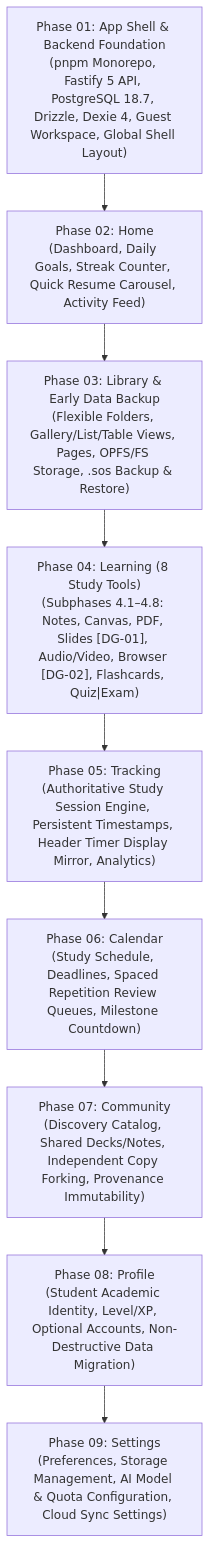
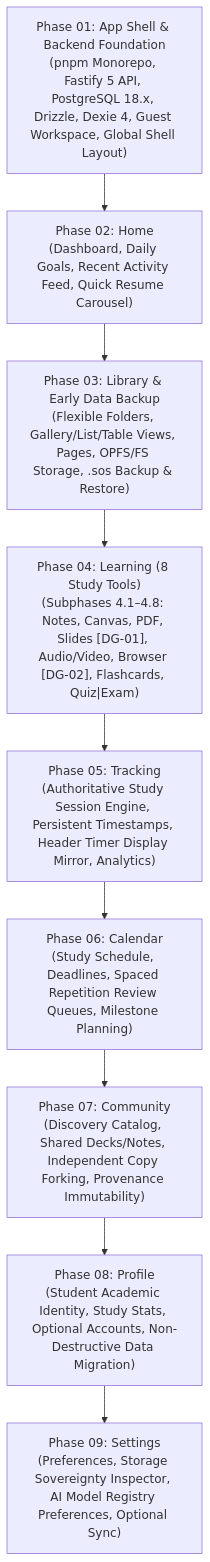
The first of 2 diagrams in IMPLEMENTATION_PLAN.md (3bdallahusin/sos-v3), drawn with Mermaid before and after one commit. The commit also changed other lines of this file and 5 other files, not shown here.

````diff
--- a/IMPLEMENTATION_PLAN.md
+++ b/IMPLEMENTATION_PLAN.md
@@ -16,21 +16,21 @@
 ```mermaid
 flowchart TD
-    P01["Phase 01: App Shell & Backend Foundation\n(pnpm Monorepo, Fastify 5 API, PostgreSQL 18.7, Drizzle, Dexie 4, Guest Workspace, Global Shell Layout)"]
-    P02["Phase 02: Home\n(Dashboard, Daily Goals, Streak Counter, Quick Resume Carousel, Activity Feed)"]
+    P01["Phase 01: App Shell & Backend Foundation\n(pnpm Monorepo, Fastify 5 API, PostgreSQL 18.x, Drizzle, Dexie 4, Guest Workspace, Global Shell Layout)"]
+    P02["Phase 02: Home\n(Dashboard, Daily Goals, Recent Activity Feed, Quick Resume Carousel)"]
     P03["Phase 03: Library & Early Data Backup\n(Flexible Folders, Gallery/List/Table Views, Pages, OPFS/FS Storage, .sos Backup & Restore)"]
     P04["Phase 04: Learning (8 Study Tools)\n(Subphases 4.1–4.8: Notes, Canvas, PDF, Slides [DG-01], Audio/Video, Browser [DG-02], Flashcards, Quiz|Exam)"]
     P05["Phase 05: Tracking\n(Authoritative Study Session Engine, Persistent Timestamps, Header Timer Display Mirror, Analytics)"]
-    P06["Phase 06: Calendar\n(Study Schedule, Deadlines, Spaced Repetition Review Queues, Milestone Countdown)"]
+    P06["Phase 06: Calendar\n(Study Schedule, Deadlines, Spaced Repetition Review Queues, Milestone Planning)"]
     P07["Phase 07: Community\n(Discovery Catalog, Shared Decks/Notes, Independent Copy Forking, Provenance Immutability)"]
-    P08["Phase 08: Profile\n(Student Academic Identity, Level/XP, Optional Accounts, Non-Destructive Data Migration)"]
-    P09["Phase 09: Settings\n(Preferences, Storage Management, AI Model & Quota Configuration, Cloud Sync Settings)"]
+    P08["Phase 08: Profile\n(Student Academic Identity, Study Stats, Optional Accounts, Non-Destructive Data Migration)"]
+    P09["Phase 09: Settings\n(Preferences, Storage Sovereignty Inspector, AI Model Registry Preferences, Optional Sync)"]
 
     P01 --> P02
     P02 --> P03
     P03 --> P04
     P04 --> P05
     P05 --> P06
     P06 --> P07
     P07 --> P08
     P08 --> P09
 ```
````
